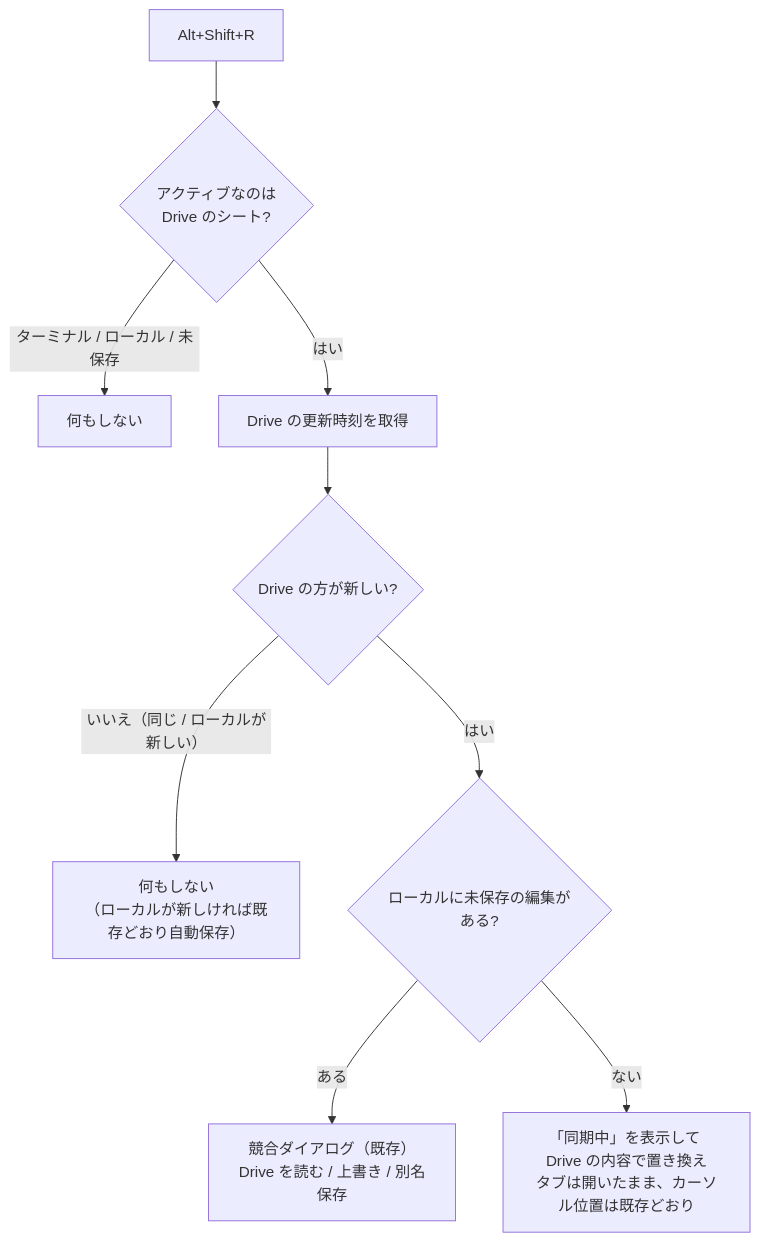
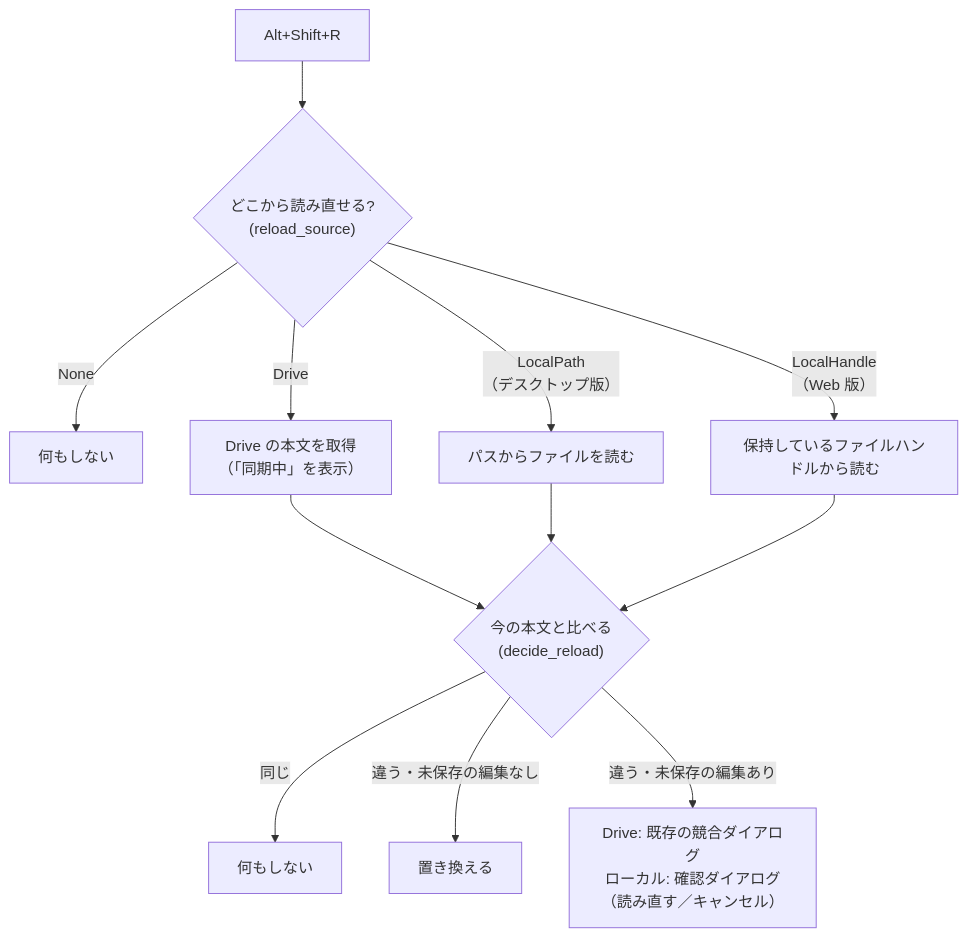
One commit to digitarhythm/leaf changed the diagram in docs/SHEET_RELOAD_AND_SWITCHER_BADGE_SPEC.md. Above: the diagram before and after it, drawn with Mermaid. The commit also changed other lines of this file and 12 other files, not shown here.

````diff
--- a/docs/SHEET_RELOAD_AND_SWITCHER_BADGE_SPEC.md
+++ b/docs/SHEET_RELOAD_AND_SWITCHER_BADGE_SPEC.md
@@ -19,11 +16,14 @@
 ```mermaid
 flowchart TD
-  A["Alt+Shift+R"] --> B{"アクティブなのは<br/>Drive のシート?"}
-  B -->|"ターミナル / ローカル / 未保存"| Z["何もしない"]
-  B -->|"はい"| C["Drive の更新時刻を取得"]
-  C --> D{"Drive の方が新しい?"}
-  D -->|"いいえ（同じ / ローカルが新しい）"| E["何もしない<br/>（ローカルが新しければ既存どおり自動保存）"]
-  D -->|"はい"| F{"ローカルに未保存の編集がある?"}
-  F -->|"ある"| G["競合ダイアログ（既存）<br/>Drive を読む / 上書き / 別名保存"]
-  F -->|"ない"| H["「同期中」を表示して Drive の内容で置き換え<br/>タブは開いたまま、カーソル位置は既存どおり"]
+  A["Alt+Shift+R"] --> B{"どこから読み直せる?<br/>(reload_source)"}
+  B -->|"None"| Z["何もしない"]
+  B -->|"Drive"| C["Drive の本文を取得<br/>（「同期中」を表示）"]
+  B -->|"LocalPath<br/>（デスクトップ版）"| L["パスからファイルを読む"]
+  B -->|"LocalHandle<br/>（Web 版）"| H["保持しているファイルハンドルから読む"]
+  C --> D{"今の本文と比べる<br/>(decide_reload)"}
+  L --> D
+  H --> D
+  D -->|"同じ"| E["何もしない"]
+  D -->|"違う・未保存の編集なし"| F["置き換える"]
+  D -->|"違う・未保存の編集あり"| G["Drive: 既存の競合ダイアログ<br/>ローカル: 確認ダイアログ（読み直す／キャンセル）"]
 ```
````
